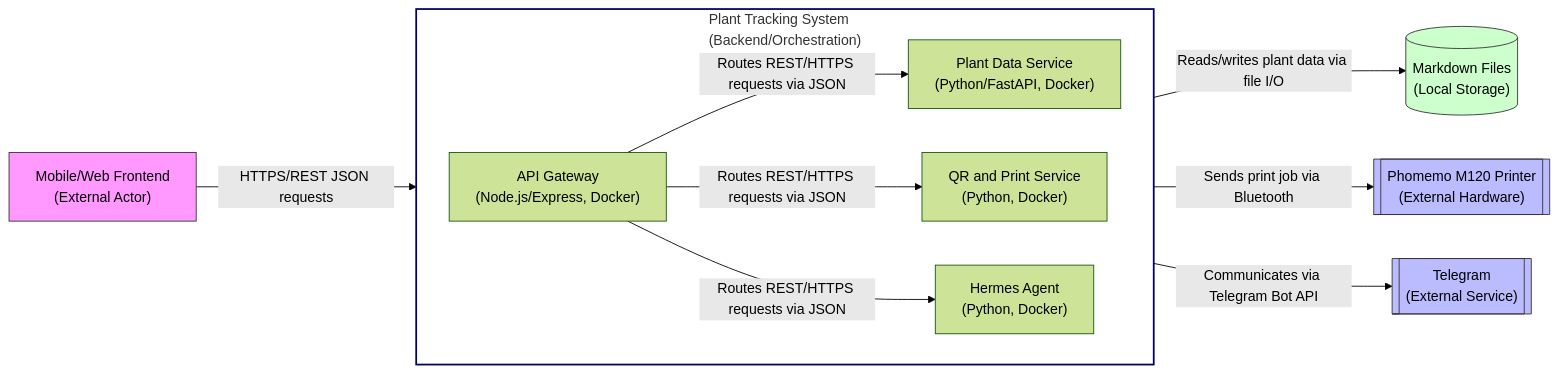
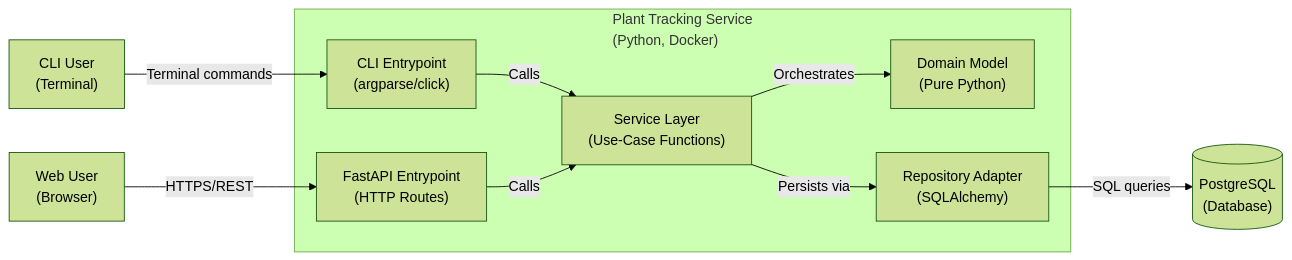
One commit to geraldthewes/plant-tracking changed the diagram in knowledge/architecture/backend/c2-container.md. Above: the diagram before and after it, drawn with Mermaid (forest theme). The commit also changed other lines of this file and 6 other files, not shown here.

First line of the commit message:
docs: refine architecture from microservices to Ports & Adapters (ADR-0008)

````diff
--- a/knowledge/architecture/backend/c2-container.md
+++ b/knowledge/architecture/backend/c2-container.md
@@ -333,36 +237,23 @@
 ```mermaid
 flowchart LR
-    %% External Actors (implicitly calling Orchestrator)
-    frontend["Mobile/Web Frontend\n(External Actor)"]
-    
-    %% External Systems
-    telegram[["Telegram\n(External Service)"]]
-    printer[["Phomemo M120 Printer\n(External Hardware)"]]
-    
-    %% Internal Data Storage
-    mdstore[("Markdown Files\n(Local Storage)")]
-    
-    %% System Boundary
-    subgraph sys["Plant Tracking System\n(Backend/Orchestration)"]
-        direction LR
-        api["API Gateway\n(Node.js/Express, Docker)"]
-        plant["Plant Data Service\n(Python/FastAPI, Docker)"]
-        qrprint["QR and Print Service\n(Python, Docker)"]
-        hermes["Hermes Agent\n(Python, Docker)"]
+    user_cli["CLI User\n(Terminal)"]
+    user_web["Web User\n(Browser)"]
+
+    subgraph service["Plant Tracking Service\n(Python, Docker)"]
+        cli["CLI Entrypoint\n(argparse/click)"]
+        fastapi["FastAPI Entrypoint\n(HTTP Routes)"]
+        svc["Service Layer\n(Use-Case Functions)"]
+        domain["Domain Model\n(Pure Python)"]
+        repo["Repository Adapter\n(SQLAlchemy)"]
     end
-    
-    %% Relationships
-    frontend -->|"HTTPS/REST JSON requests"| api
-    api -->|"Routes REST/HTTPS requests via JSON"| plant
-    api -->|"Routes REST/HTTPS requests via JSON"| qrprint
-    api -->|"Routes REST/HTTPS requests via JSON"| hermes
-    plant -->|"Reads/writes plant data via file I/O"| mdstore
-    qrprint -->|"Sends print job via Bluetooth"| printer
-    hermes -->|"Communicates via Telegram Bot API"| telegram
-    
-    style frontend fill:#f9f,stroke:#333,stroke-width:1px
-    style telegram fill:#bbf,stroke:#333,stroke-width:1px
-    style printer fill:#bbf,stroke:#333,stroke-width:1px
-    style mdstore fill:#cfc,stroke:#333,stroke-width:1px
-    style sys fill:#fff,stroke:#006,stroke-width:2px
+
+    db[("PostgreSQL\n(Database)")]
+
+    user_cli -->|"Terminal commands"| cli
+    user_web -->|"HTTPS/REST"| fastapi
+    cli -->|"Calls"| svc
+    fastapi -->|"Calls"| svc
+    svc -->|"Orchestrates"| domain
+    svc -->|"Persists via"| repo
+    repo -->|"SQL queries"| db
 ```
````
